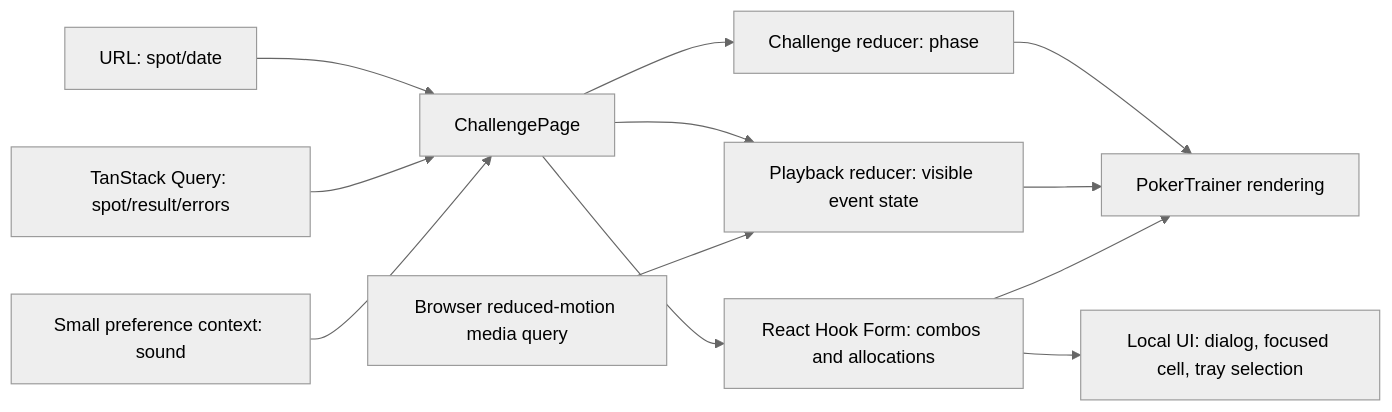
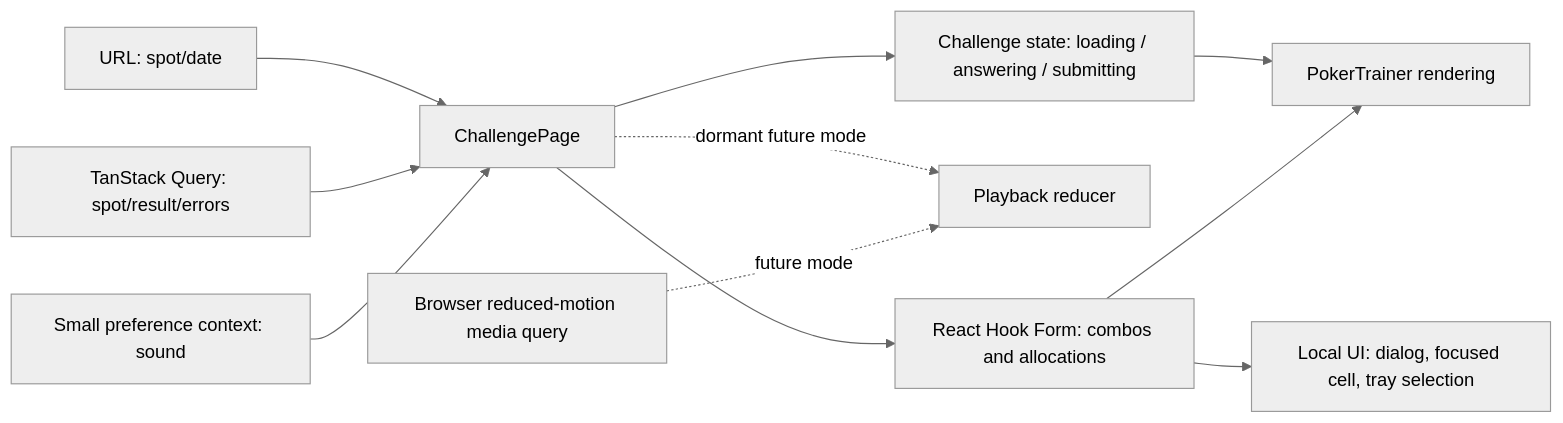
One commit to AnvithPabba/GTO-Poker-Daily-Spots-Front-End changed the fourth of 4 diagrams in frontend-structure.md. Above: the diagram before and after it, drawn with Mermaid (neutral theme). The commit also changed other lines of this file and 18 other files, not shown here.

````diff
--- a/frontend-structure.md
+++ b/frontend-structure.md
@@ -328,14 +332,13 @@
 ```mermaid
 flowchart LR
     URL[URL: spot/date] --> Page[ChallengePage]
     Query[TanStack Query: spot/result/errors] --> Page
-    Page --> Controller[Challenge reducer: phase]
-    Page --> Playback[Playback reducer: visible event state]
+    Page --> Controller[Challenge state: loading / answering / submitting]
+    Page -. dormant future mode .-> Playback[Playback reducer]
     Page --> Form[React Hook Form: combos and allocations]
     Form --> RangeUI[Local UI: dialog, focused cell, tray selection]
     Preference[Small preference context: sound] --> Page
-    Reduced[Browser reduced-motion media query] --> Playback
+    Reduced[Browser reduced-motion media query] -. future mode .-> Playback
     Controller --> Trainer[PokerTrainer rendering]
-    Playback --> Trainer
     Form --> Trainer
 ```
````
